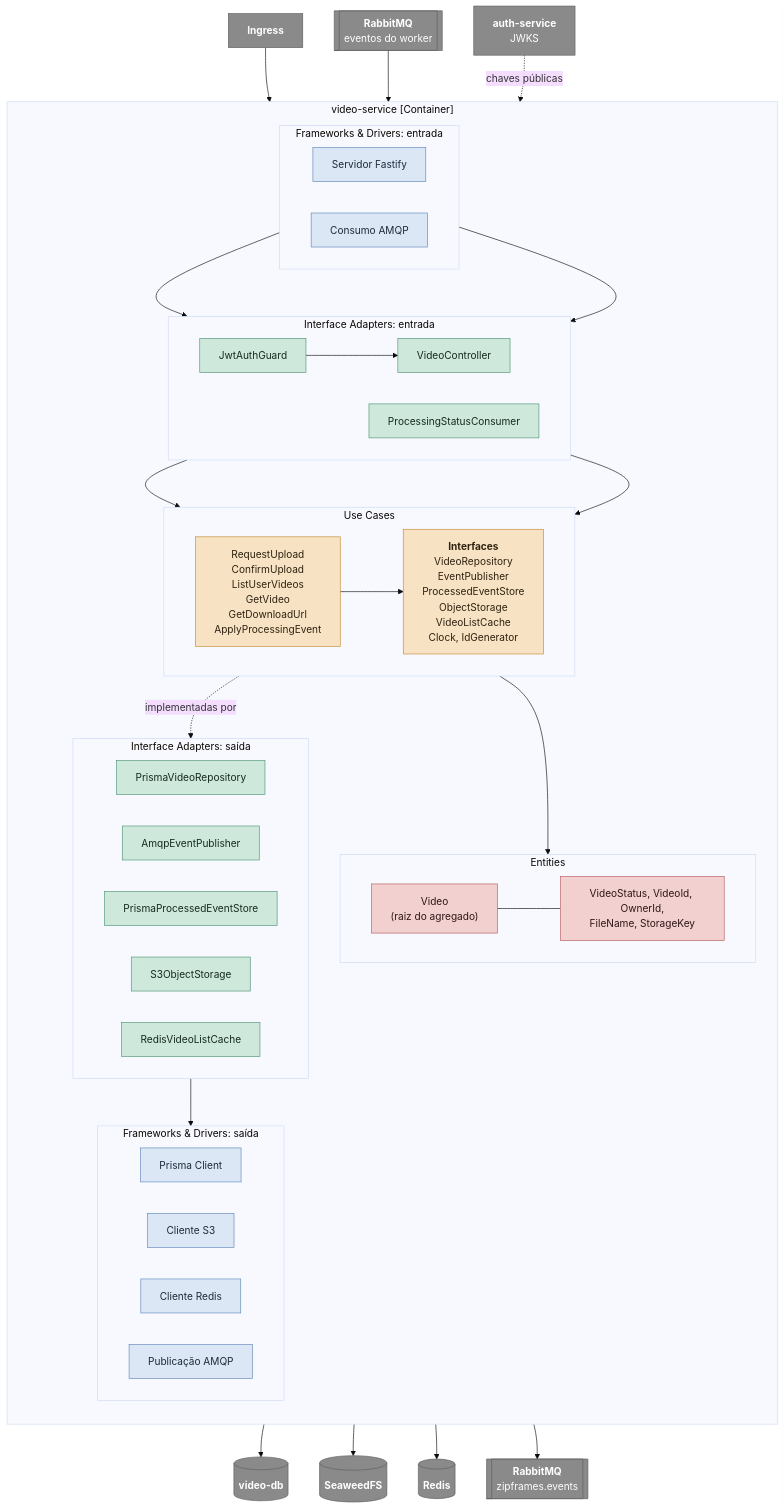
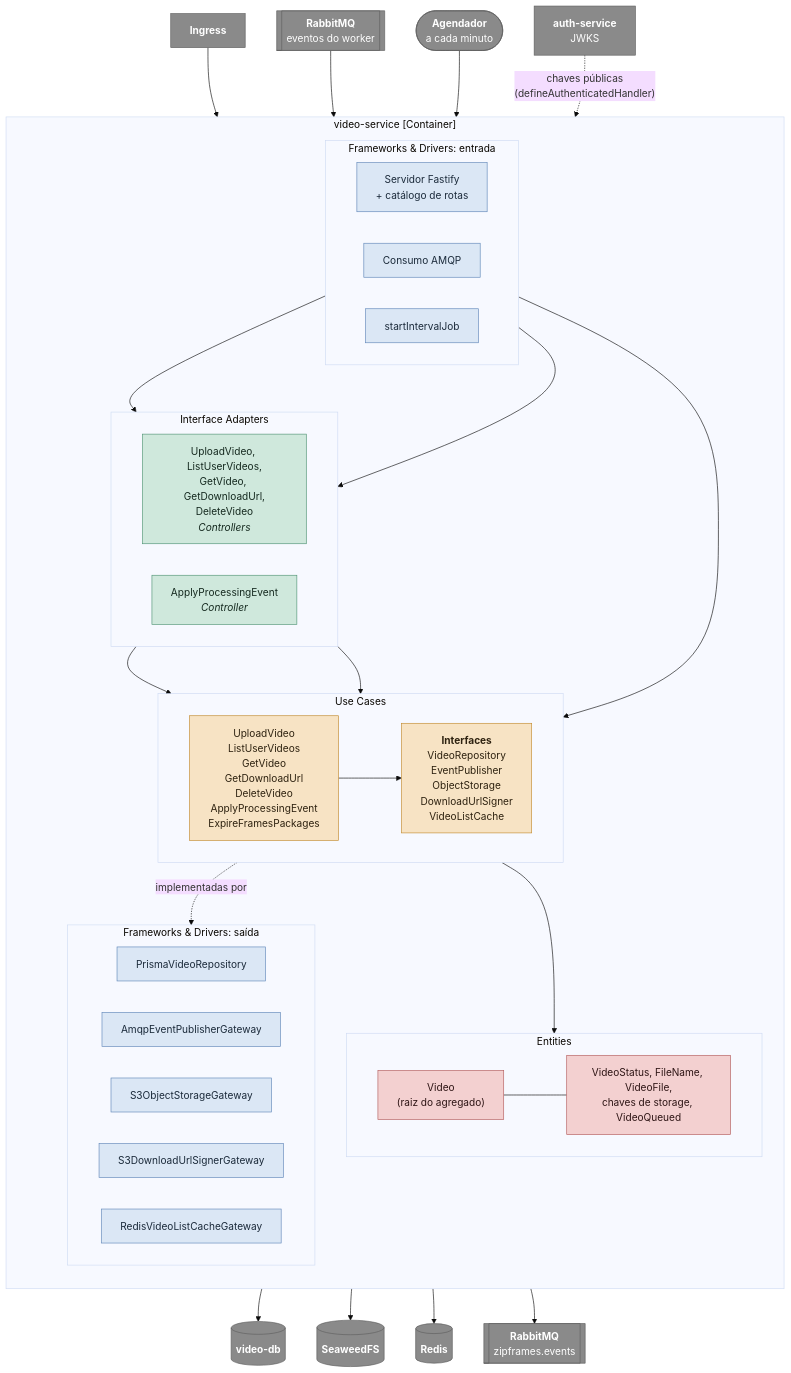
Before and after one commit to knzt/zipframes: the diagram in docs/domain/c4/03-componentes-video-service.md, drawn with Mermaid (base theme). The commit also changed other lines of this file and 167 other files, not shown here.

````diff
--- a/docs/domain/c4/03-componentes-video-service.md
+++ b/docs/domain/c4/03-componentes-video-service.md
@@ -7,50 +7,43 @@
   ingress["<b>Ingress</b>"]
   authsvc["<b>auth-service</b><br/>JWKS"]
   brokerin[["<b>RabbitMQ</b><br/>eventos do worker"]]
+  timer(["<b>Agendador</b><br/>a cada minuto"])
 
   subgraph vs["video-service [Container]"]
     direction TB
 
     subgraph fwin["Frameworks & Drivers: entrada"]
       direction LR
-      fastify["Servidor Fastify"]
+      fastify["Servidor Fastify<br/>+ catálogo de rotas"]
       amqpin["Consumo AMQP"]
+      interval["startIntervalJob"]
     end
 
-    subgraph adin["Interface Adapters: entrada"]
+    subgraph adin["Interface Adapters"]
       direction LR
-      guard["JwtAuthGuard"]
-      ctrl["VideoController"]
-      consumer["ProcessingStatusConsumer"]
+      ctrl["UploadVideo, ListUserVideos,<br/>GetVideo, GetDownloadUrl,<br/>DeleteVideo<br/><i>Controllers</i>"]
+      consumer["ApplyProcessingEvent<br/><i>Controller</i>"]
     end
 
     subgraph app["Use Cases"]
       direction LR
-      uc["RequestUpload<br/>ConfirmUpload<br/>ListUserVideos<br/>GetVideo<br/>GetDownloadUrl<br/>ApplyProcessingEvent"]
-      interfaces["<b>Interfaces</b><br/>VideoRepository<br/>EventPublisher<br/>ProcessedEventStore<br/>ObjectStorage<br/>VideoListCache<br/>Clock, IdGenerator"]
+      uc["UploadVideo<br/>ListUserVideos<br/>GetVideo<br/>GetDownloadUrl<br/>DeleteVideo<br/>ApplyProcessingEvent<br/>ExpireFramesPackages"]
+      interfaces["<b>Interfaces</b><br/>VideoRepository<br/>EventPublisher<br/>ObjectStorage<br/>DownloadUrlSigner<br/>VideoListCache"]
     end
 
     subgraph dom["Entities"]
       direction LR
       video["Video<br/>(raiz do agregado)"]
-      vos["VideoStatus, VideoId, OwnerId,<br/>FileName, StorageKey"]
-    end
-
-    subgraph adout["Interface Adapters: saída"]
-      direction LR
-      repo["PrismaVideoRepository"]
-      events["AmqpEventPublisher"]
-      inbox["PrismaProcessedEventStore"]
-      objstore["S3ObjectStorage"]
-      listcache["RedisVideoListCache"]
+      vos["VideoStatus, FileName, VideoFile,<br/>chaves de storage, VideoQueued"]
     end
 
     subgraph fwout["Frameworks & Drivers: saída"]
       direction LR
-      prismaclient["Prisma Client"]
-      s3client["Cliente S3"]
-      redisclient["Cliente Redis"]
-      amqpout["Publicação AMQP"]
+      repo["PrismaVideoRepository"]
+      events["AmqpEventPublisherGateway"]
+      objstore["S3ObjectStorageGateway"]
+      signer["S3DownloadUrlSignerGateway"]
+      listcache["RedisVideoListCacheGateway"]
     end
   end
 
@@ -61,30 +54,30 @@
 
   ingress --> fastify
   brokerin --> amqpin
-  fastify --> guard
-  authsvc -. "chaves públicas" .-> guard
-  guard --> ctrl
+  timer --> interval
+  fastify --> ctrl
+  authsvc -. "chaves públicas<br/>(defineAuthenticatedHandler)" .-> ctrl
   amqpin --> consumer
+  interval --> uc
   ctrl --> uc
   consumer --> uc
   uc --> video
   video --- vos
   uc --> interfaces
-  interfaces -. "implementadas por" .-> adout
-  adout --> fwout
-  prismaclient --> db
-  s3client --> storage
-  redisclient --> cache
-  amqpout --> brokerout
+  interfaces -. "implementadas por" .-> fwout
+  repo --> db
+  objstore --> storage
+  listcache --> cache
+  events --> brokerout
 
   classDef ext fill:#8a8a8a,stroke:#5e5e5e,color:#ffffff
   classDef fwc fill:#dbe7f5,stroke:#5f86b8,color:#1b2a3a
   classDef adc fill:#cfe8dc,stroke:#4e9373,color:#15291f
   classDef appc fill:#f7e3c4,stroke:#c28a2e,color:#2e2210
   classDef domc fill:#f3d0d0,stroke:#b35c5c,color:#2e1515
-  class ingress,authsvc,brokerin,db,storage,cache,brokerout ext
-  class fastify,amqpin,prismaclient,s3client,redisclient,amqpout fwc
-  class guard,ctrl,consumer,repo,events,inbox,objstore,listcache adc
+  class ingress,authsvc,brokerin,timer,db,storage,cache,brokerout ext
+  class fastify,amqpin,interval,repo,events,objstore,signer,listcache fwc
+  class ctrl,consumer adc
   class uc,interfaces appc
   class video,vos domc
 ```
````
